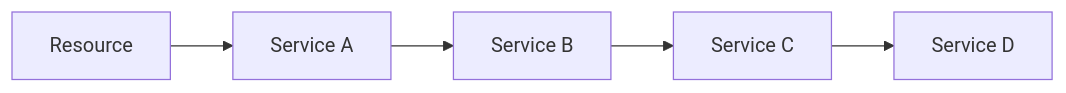
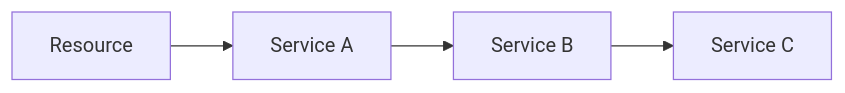
One commit to teamdroid-trainer/docs-docusaurus-trainer changed the second of 11 diagrams in docs/backend-java-quarkus/06-event-driven-mfa/event-bus-mfa.md. Above: the diagram before and after it, drawn with Mermaid. The commit also changed other lines of this file and 35 other files, not shown here.

````diff
--- a/docs/backend-java-quarkus/06-event-driven-mfa/event-bus-mfa.md
+++ b/docs/backend-java-quarkus/06-event-driven-mfa/event-bus-mfa.md
@@ -76,7 +48,6 @@
 ```mermaid
 flowchart LR
     A[Resource] --> B[Service A]
     B --> C[Service B]
     C --> D[Service C]
-    D --> E[Service D]
 ```
````
